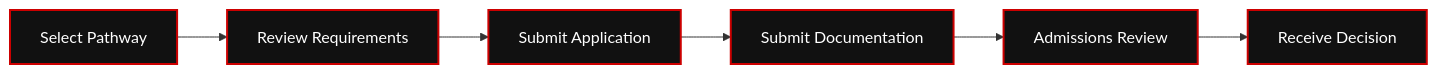
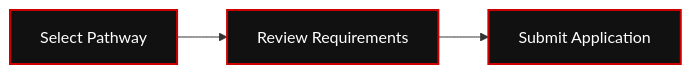
The first of 2 diagrams in RIAH-PATHWAY-WEBSITE-WIREFRAMES-STRUCTURE/11. ADMISSIONS/11.3-APPLICATION-WIREFRAME.md (RIAHPathway/Website-Draft), drawn with Mermaid before and after one commit. The commit also changed other lines of this file, not shown here.

Commit message:
RIAH Pathway.

````diff
--- a/RIAH-PATHWAY-WEBSITE-WIREFRAMES-STRUCTURE/11. ADMISSIONS/11.3-APPLICATION-WIREFRAME.md
+++ b/RIAH-PATHWAY-WEBSITE-WIREFRAMES-STRUCTURE/11. ADMISSIONS/11.3-APPLICATION-WIREFRAME.md
@@ -240,16 +38,10 @@
 ```mermaid
 flowchart LR
     N0["Select Pathway"]
     N1["Review Requirements"]
     N2["Submit Application"]
-    N3["Submit Documentation"]
-    N4["Admissions Review"]
-    N5["Receive Decision"]
     N0 --> N1
     N1 --> N2
-    N2 --> N3
-    N3 --> N4
-    N4 --> N5
     classDef riah fill:#111111,stroke:#CC0000,color:#FFFFFF,stroke-width:2px;
-    class N0,N1,N2,N3,N4,N5 riah;
+    class N0,N1,N2 riah;
 ```
````
